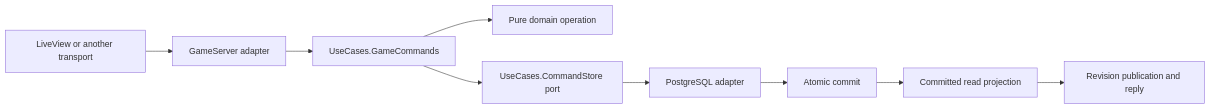
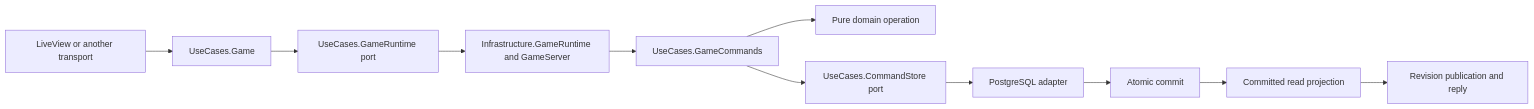
The diagram in docs/architecture.md (adsouza/tijara-tides), drawn with Mermaid before and after one commit. The commit also changed other lines of this file and 14 other files, not shown here.

Commit message:
Route web game access through UseCases

````diff
--- a/docs/architecture.md
+++ b/docs/architecture.md
@@ -45,11 +45,13 @@
 ```mermaid
 flowchart LR
-  UI[LiveView or another transport] --> Adapter[GameServer adapter]
+  UI[LiveView or another transport] --> API[UseCases.Game]
+  API --> Runtime[UseCases.GameRuntime port]
+  Runtime --> Adapter[Infrastructure.GameRuntime and GameServer]
   Adapter --> Workflow[UseCases.GameCommands]
   Workflow --> Rules[Pure domain operation]
   Workflow --> Port[UseCases.CommandStore port]
   Port --> SQL[PostgreSQL adapter]
   SQL --> Commit[Atomic commit]
   Commit --> Projection[Committed read projection]
   Projection --> Notify[Revision publication and reply]
 ```
````
